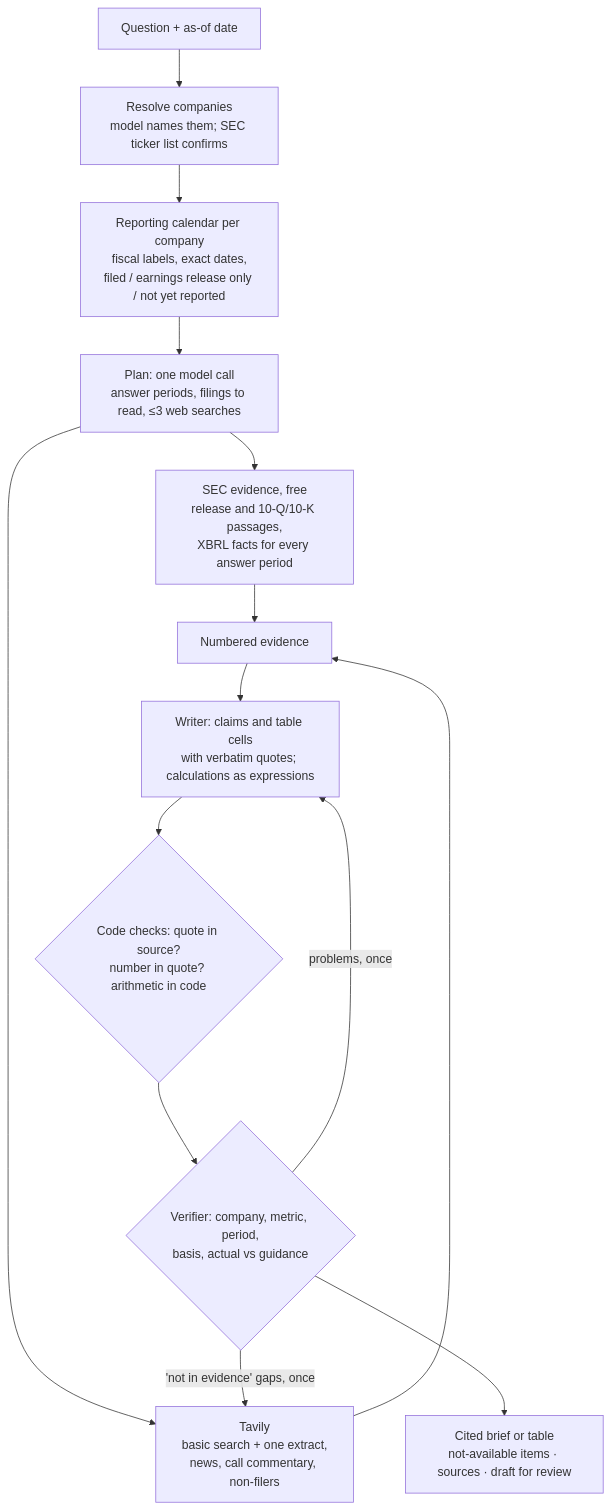
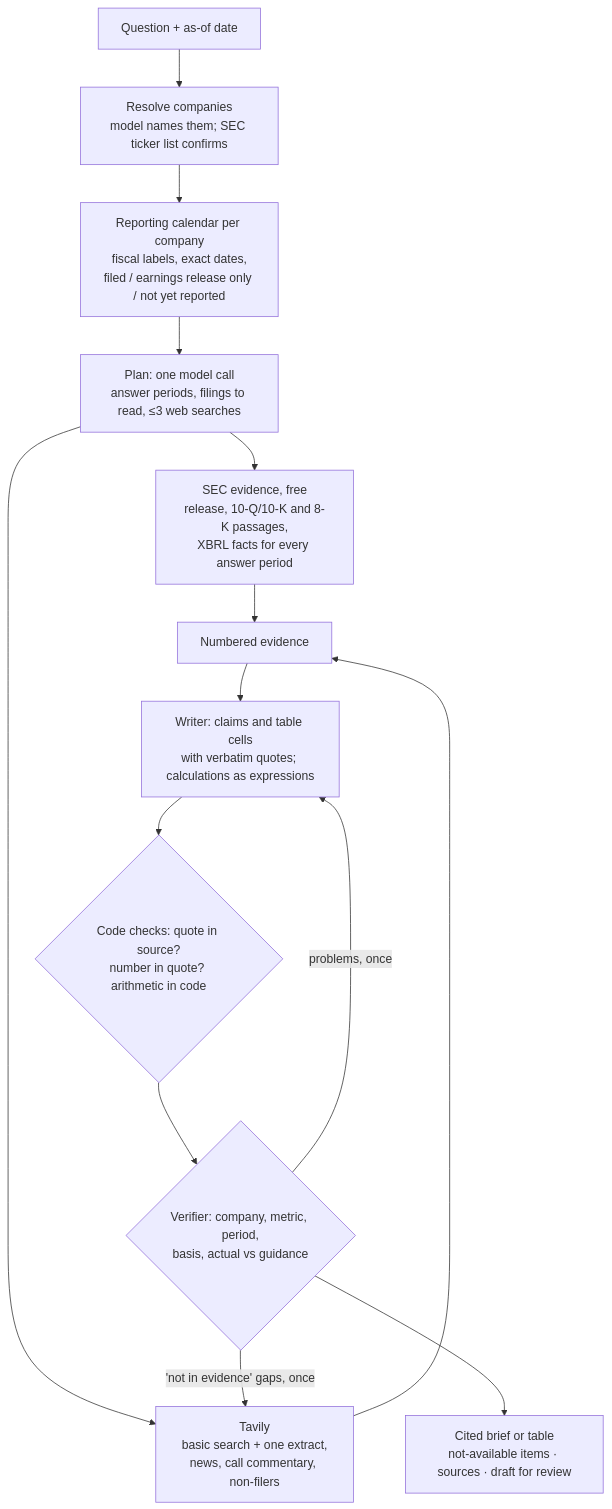
The diagram in README.md (laasyaaprasad/financial-research-agent), drawn with Mermaid before and after one commit. The commit also changed other lines of this file and 205 other files, not shown here.

````diff
--- a/README.md
+++ b/README.md
@@ -69,16 +63,16 @@
 ```mermaid
 flowchart TD
     Q[Question + as-of date] --> R[Resolve companies<br/>model names them; SEC ticker list confirms]
     R --> C[Reporting calendar per company<br/>fiscal labels, exact dates,<br/>filed / earnings release only / not yet reported]
     C --> P[Plan: one model call<br/>answer periods, filings to read, ≤3 web searches]
-    P --> S[SEC evidence, free<br/>release and 10-Q/10-K passages,<br/>XBRL facts for every answer period]
+    P --> S[SEC evidence, free<br/>release, 10-Q/10-K and 8-K passages,<br/>XBRL facts for every answer period]
     P --> W[Tavily<br/>basic search + one extract,<br/>news, call commentary, non-filers]
     S --> E[Numbered evidence]
     W --> E
     E --> D[Writer: claims and table cells<br/>with verbatim quotes; calculations as expressions]
     D --> K{Code checks: quote in source?<br/>number in quote? arithmetic in code}
     K --> V{Verifier: company, metric, period,<br/>basis, actual vs guidance}
     V -- problems, once --> D
     V -- 'not in evidence' gaps, once --> W
     V --> B[Cited brief or table<br/>not-available items · sources · draft for review]
 ```
````
